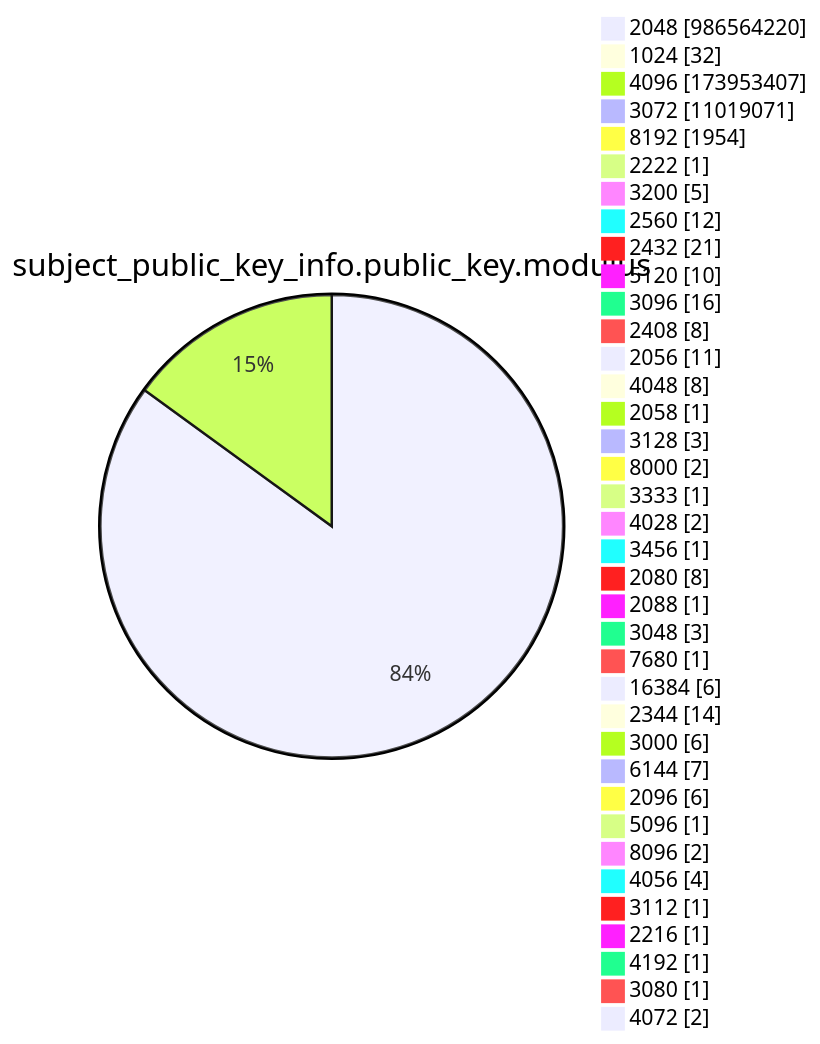
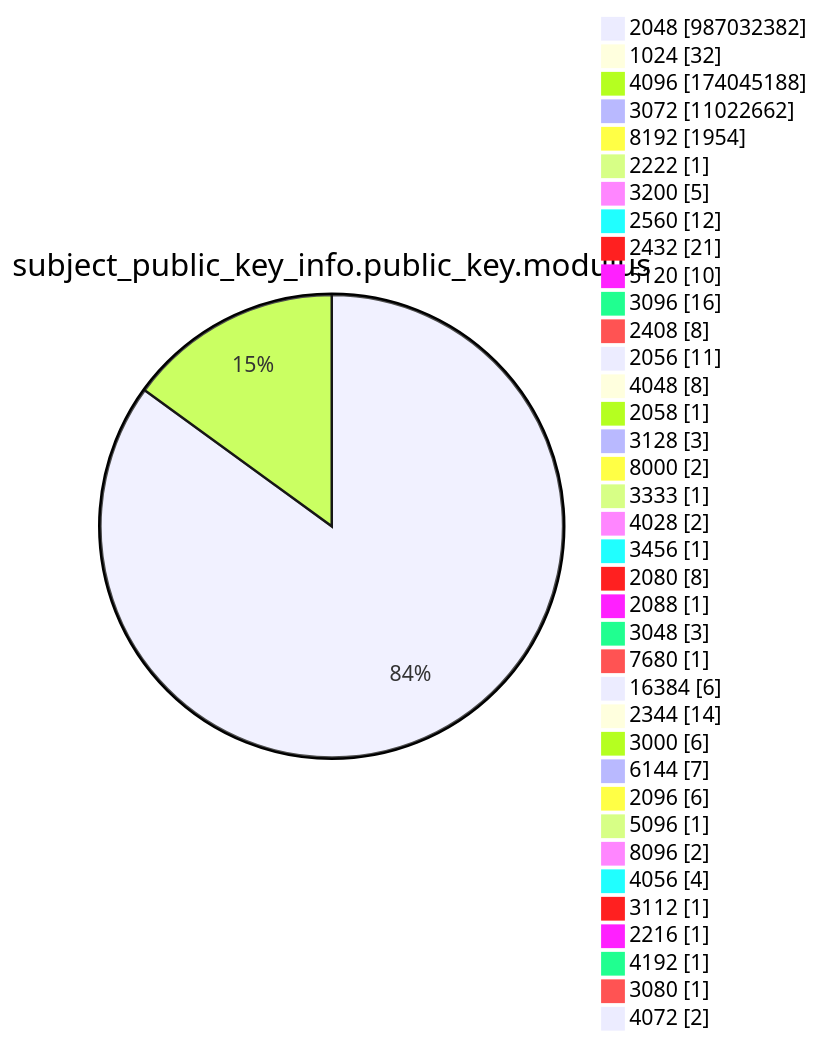
One commit to christiankrug/ctmonitor_visualization changed diagram 13 of 15 in argon2022/README.md. Above: the diagram before and after it, drawn with Mermaid. The commit also changed other lines of this file, not shown here.

````diff
--- a/argon2022/README.md
+++ b/argon2022/README.md
@@ -3587,41 +3587,41 @@
 ```mermaid
 pie showData
 title subject_public_key_info.public_key.modulus
-"2048" :986564220
+"2048" :987032382
 "1024" :32
-"4096" :173953407
-"3072" :11019071
+"4096" :174045188
+"3072" :11022662
 "8192" :1954
 "2222" :1
 "3200" :5
 "2560" :12
 "2432" :21
 "5120" :10
 "3096" :16
 "2408" :8
 "2056" :11
 "4048" :8
 "2058" :1
 "3128" :3
 "8000" :2
 "3333" :1
 "4028" :2
 "3456" :1
 "2080" :8
 "2088" :1
 "3048" :3
 "7680" :1
 "16384" :6
 "2344" :14
 "3000" :6
 "6144" :7
 "2096" :6
 "5096" :1
 "8096" :2
 "4056" :4
 "3112" :1
 "2216" :1
 "4192" :1
 "3080" :1
 "4072" :2
 ```
````
